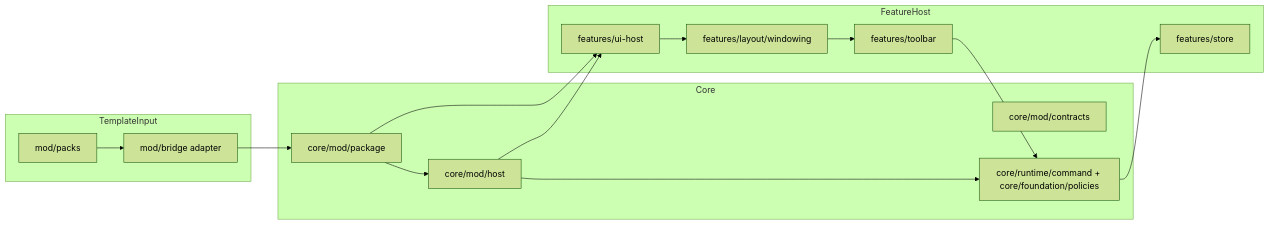
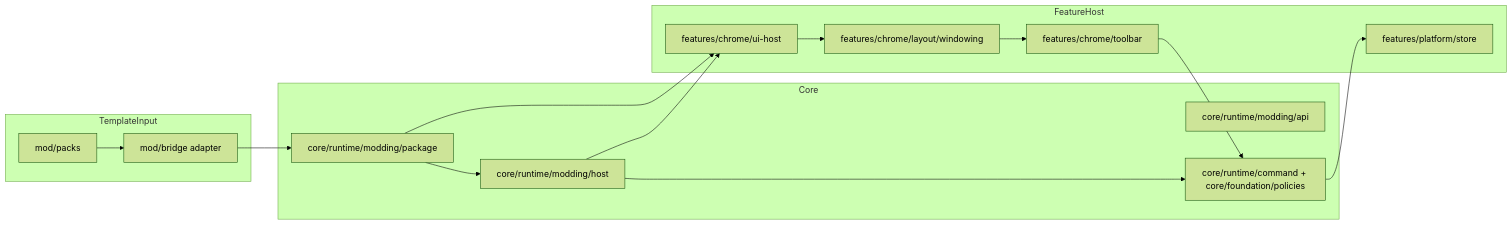
Before and after one commit to sykaboom/SY-Math-Slate: the fourth of 5 diagrams in v10/docs/architecture/ModularizationDependencyFlow.md, drawn with Mermaid (forest theme). The commit also changed other lines of this file and 841 other files, not shown here.

Commit message:
refactor: finalize topology-v2 relayout and runtime modding convergence

````diff
--- a/v10/docs/architecture/ModularizationDependencyFlow.md
+++ b/v10/docs/architecture/ModularizationDependencyFlow.md
@@ -132,29 +132,29 @@
 ```mermaid
 flowchart LR
     subgraph Core
-      C1[core/mod/contracts]
-      C2[core/mod/package]
-      C3[core/mod/host]
+      C1[core/runtime/modding/api]
+      C2[core/runtime/modding/package]
+      C3[core/runtime/modding/host]
       C4[core/runtime/command + core/foundation/policies]
     end
 
     subgraph FeatureHost
-      F1[features/ui-host]
-      F2[features/layout/windowing]
-      F3[features/toolbar]
-      F4[features/store]
+      F1[features/chrome/ui-host]
+      F2[features/chrome/layout/windowing]
+      F3[features/chrome/toolbar]
+      F4[features/platform/store]
     end
 
     subgraph TemplateInput
       T1[mod/packs]
       T2[mod/bridge adapter]
     end
 
     T1 --> T2 --> C2
     C2 --> C3 --> C4
     C2 --> F1
     C3 --> F1
     F1 --> F2 --> F3
     F3 --> C4
     C4 --> F4
 ```
````
